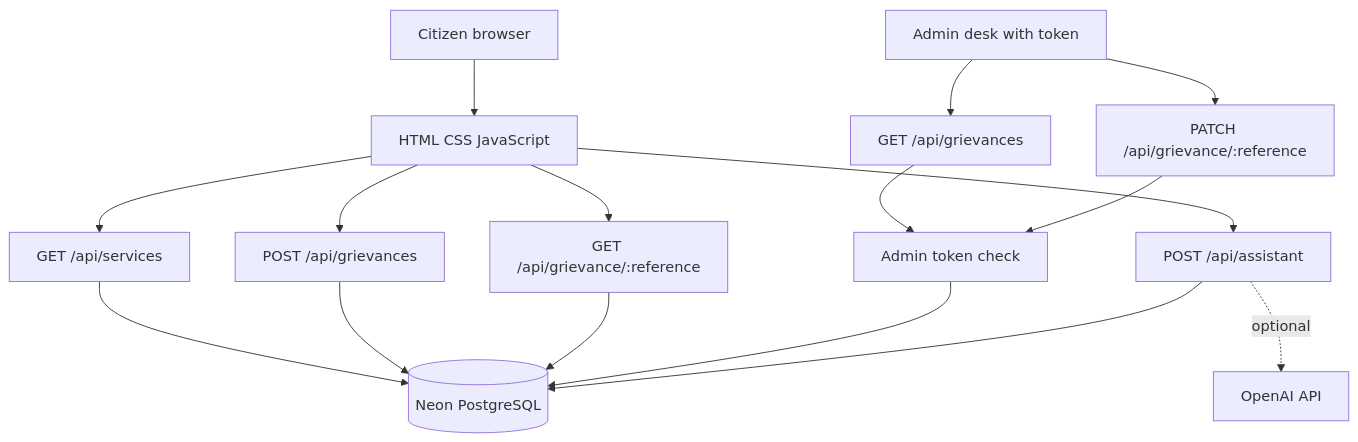
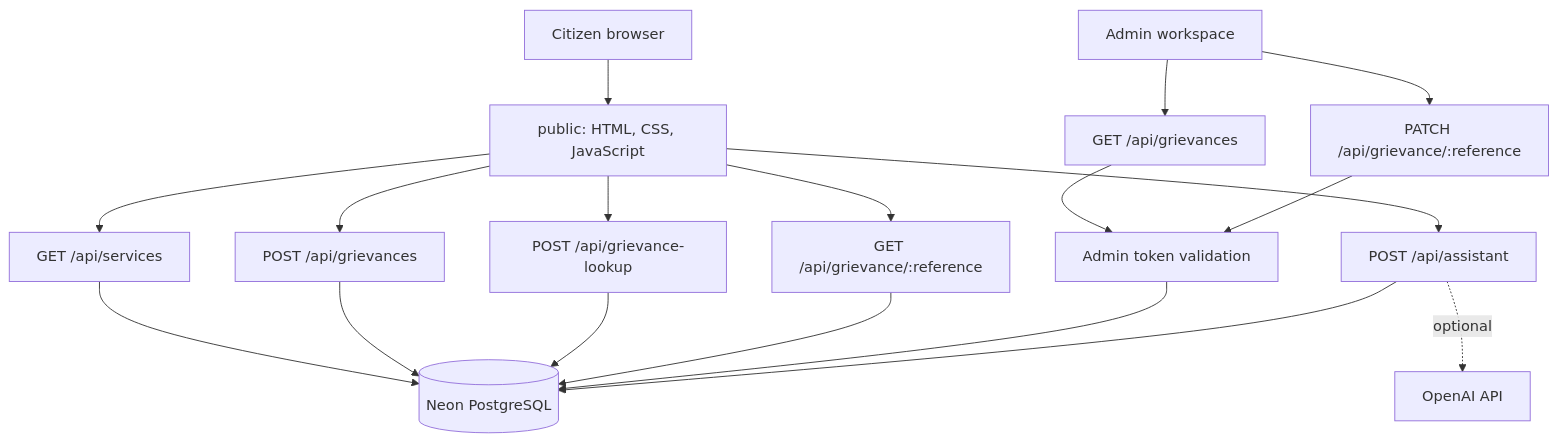
Before and after one commit to siddarthkasuba-lab/JANASETU-ai: the diagram in JANASETU_AI_Vercel_Deployment/README.md, drawn with Mermaid. The commit also changed other lines of this file, not shown here.

````diff
--- a/JANASETU_AI_Vercel_Deployment/README.md
+++ b/JANASETU_AI_Vercel_Deployment/README.md
@@ -35,18 +63,20 @@
 ```mermaid
 flowchart TD
-  Citizen[Citizen browser] --> UI[HTML CSS JavaScript]
+  Citizen[Citizen browser] --> UI[public: HTML, CSS, JavaScript]
   UI --> Services[GET /api/services]
   UI --> Assistant[POST /api/assistant]
   UI --> Create[POST /api/grievances]
+  UI --> Recover[POST /api/grievance-lookup]
   UI --> Track[GET /api/grievance/:reference]
-  Admin[Admin desk with token] --> List[GET /api/grievances]
+  Admin[Admin workspace] --> List[GET /api/grievances]
   Admin --> Update[PATCH /api/grievance/:reference]
   Services --> DB[(Neon PostgreSQL)]
   Create --> DB
+  Recover --> DB
   Track --> DB
-  List --> Auth[Admin token check]
+  List --> Auth[Admin token validation]
   Update --> Auth
   Auth --> DB
   Assistant --> DB
   Assistant -. optional .-> AI[OpenAI API]
 ```
````
